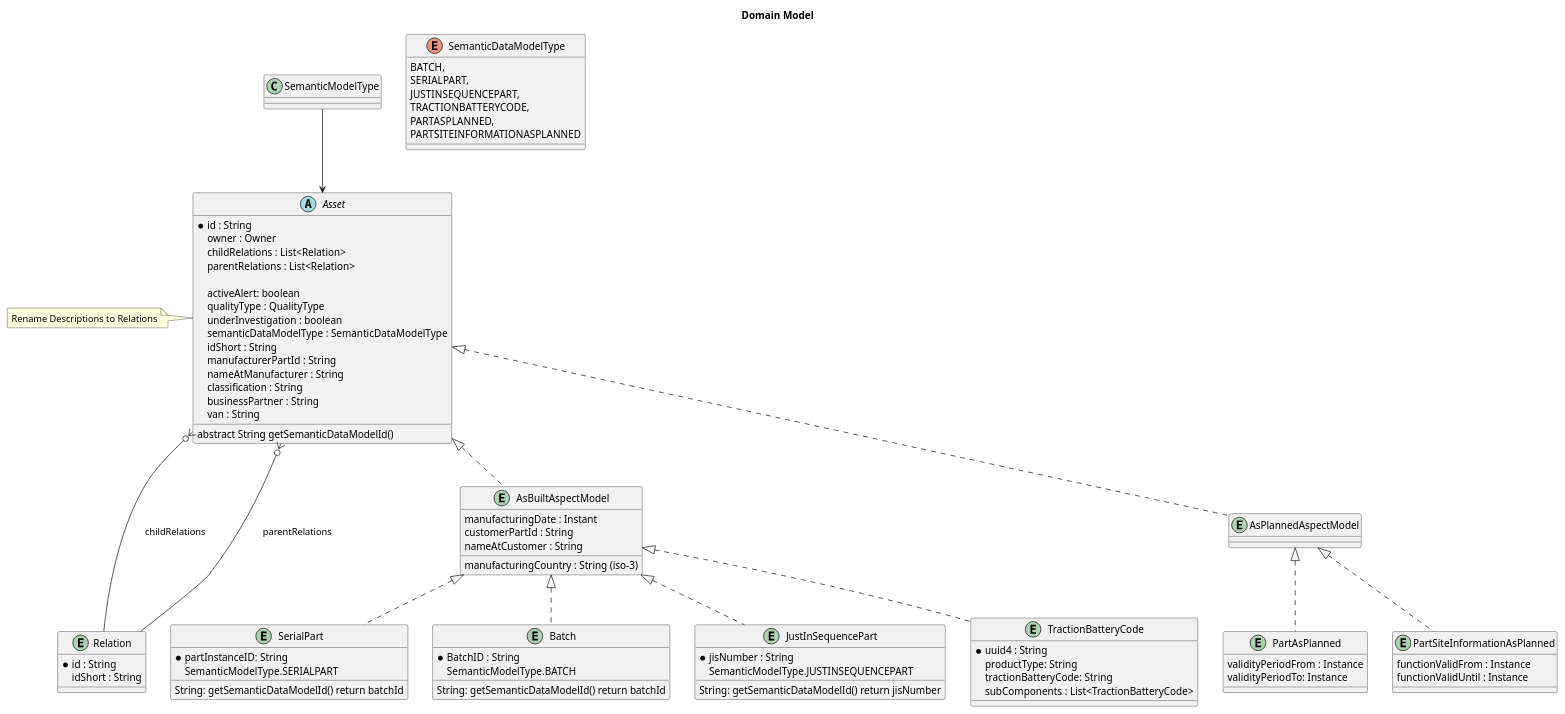
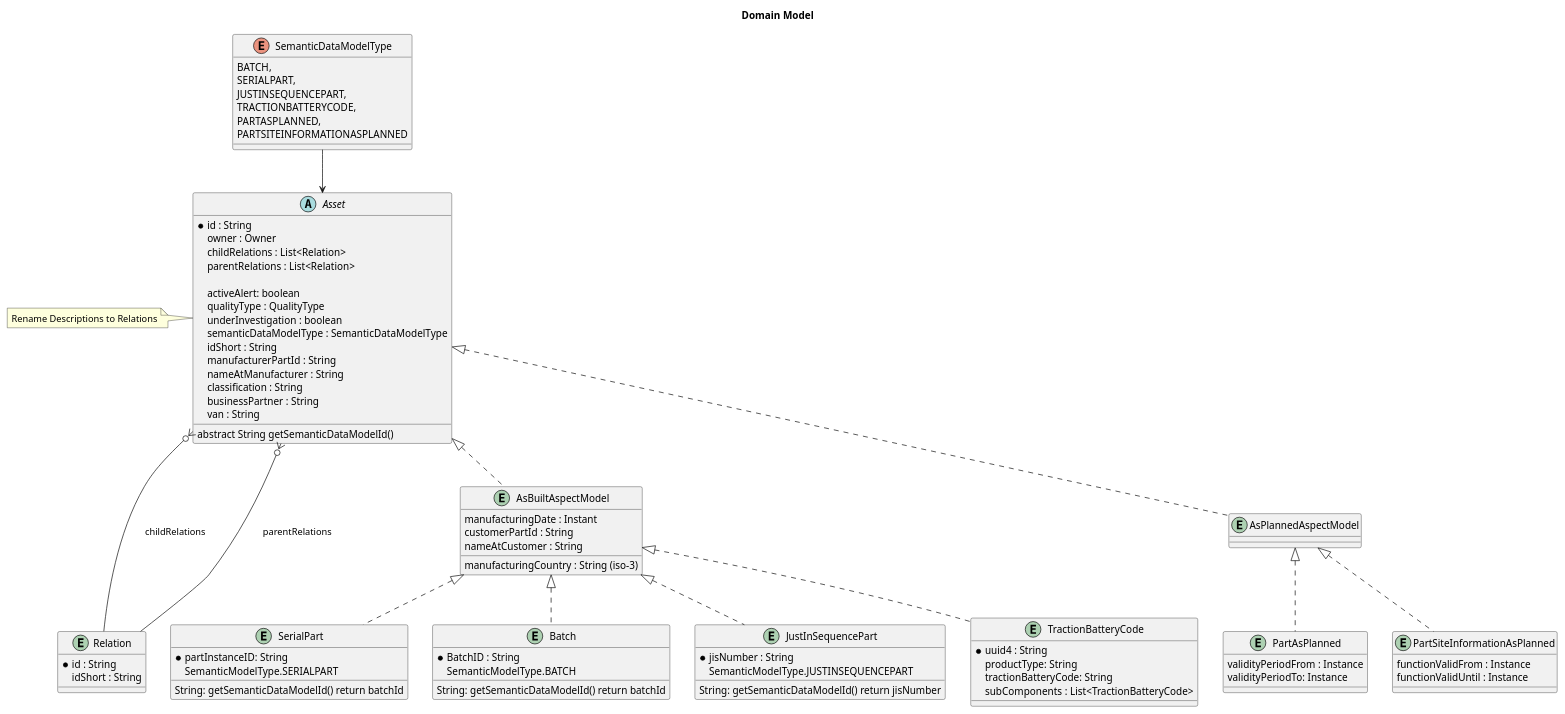
One commit to eclipse-tractusx/traceability-foss changed the diagram in docs/src/uml-diagrams/concept/TRACEFOSS-1423/domain-model.puml. Above: the diagram before and after it, drawn with PlantUML.

Commit message:
fix(diagram):[TRACEFOSS-1423] fix enum name

```diff
--- a/docs/src/uml-diagrams/concept/TRACEFOSS-1423/domain-model.puml
+++ b/docs/src/uml-diagrams/concept/TRACEFOSS-1423/domain-model.puml
@@ -1,112 +1,112 @@
 @startuml
 
 title: Domain Model
 
 
 abstract Asset {
         *   id : String
         owner : Owner
         childRelations : List<Relation>
         parentRelations : List<Relation>
 
         activeAlert: boolean
         qualityType : QualityType
         underInvestigation : boolean
         semanticDataModelType : SemanticDataModelType
         idShort : String
         manufacturerPartId : String /' partTypeInformation.manufacturerPartId '/
         nameAtManufacturer : String /' partTypeInformation.nameAtManufacturer '/
         classification : String /' partTypeInformation.classification '/
         businessPartner : String /' BusinessPartner '/
         abstract String getSemanticDataModelId()
         van : String
 
 }
 
 note left
     Rename Descriptions to Relations
 end note
 
 entity Relation {
        *   id : String
        idShort : String
 }
 
 enum SemanticDataModelType {
     BATCH,
     SERIALPART,
     JUSTINSEQUENCEPART,
     TRACTIONBATTERYCODE,
     PARTASPLANNED,
     PARTSITEINFORMATIONASPLANNED
 }
 
 
 entity AsBuiltAspectModel {
     manufacturingDate : Instant
     manufacturingCountry : String (iso-3)
     customerPartId : String
     nameAtCustomer : String
 }
 
 entity SerialPart {
        * partInstanceID: String
        String: getSemanticDataModelId() return batchId
        SemanticModelType.SERIALPART
 }
 
 entity Batch {
      * BatchID : String
      String: getSemanticDataModelId() return batchId
      SemanticModelType.BATCH
 }
 
 entity JustInSequencePart {
      * jisNumber : String
      String: getSemanticDataModelId() return jisNumber
      SemanticModelType.JUSTINSEQUENCEPART
 }
 
 entity TractionBatteryCode {
     * uuid4 : String /' UUID ID '/
     productType: String
     tractionBatteryCode: String
     subComponents : List<TractionBatteryCode>
 }
 
 entity PartAsPlanned {
 /'
     1.0.0
 '/
     validityPeriodFrom : Instance
     validityPeriodTo: Instance
 }
 
 entity PartSiteInformationAsPlanned {
 /'
     1.0.0
     Currently this is not ready for implementing - there is no specification right now.
 '/
     functionValidFrom : Instance
     functionValidUntil : Instance
 }
 
 entity AsPlannedAspectModel {
 }
 
-SemanticModelType --> Asset
+SemanticDataModelType --> Asset
 Asset <|.. AsBuiltAspectModel
 Asset <|.. AsPlannedAspectModel
 
 AsBuiltAspectModel <|.. Batch
 AsBuiltAspectModel <|.. SerialPart
 AsBuiltAspectModel <|.. JustInSequencePart
 AsBuiltAspectModel <|.. TractionBatteryCode
 
 AsPlannedAspectModel <|.. PartAsPlanned
 AsPlannedAspectModel <|.. PartSiteInformationAsPlanned
 
 Asset }o--- Relation : childRelations
 Asset }o---  Relation : parentRelations
 
 @enduml
```
